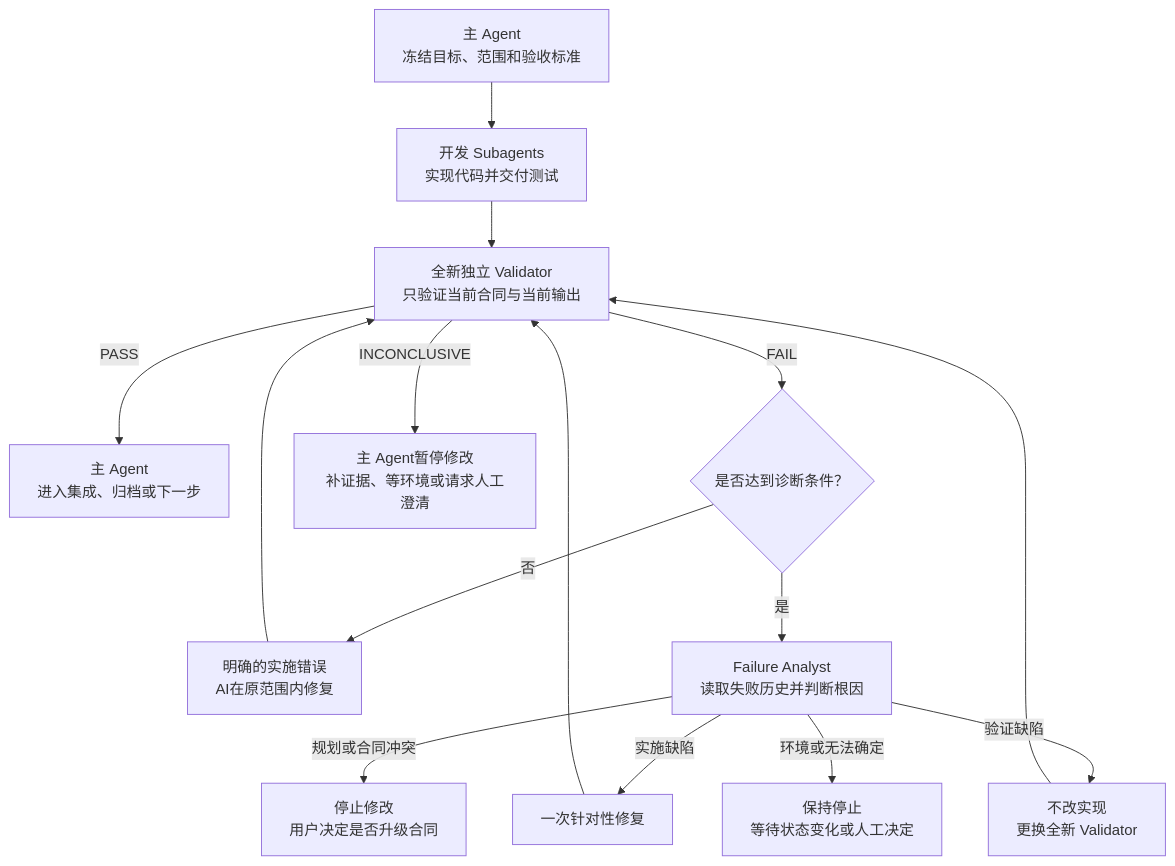
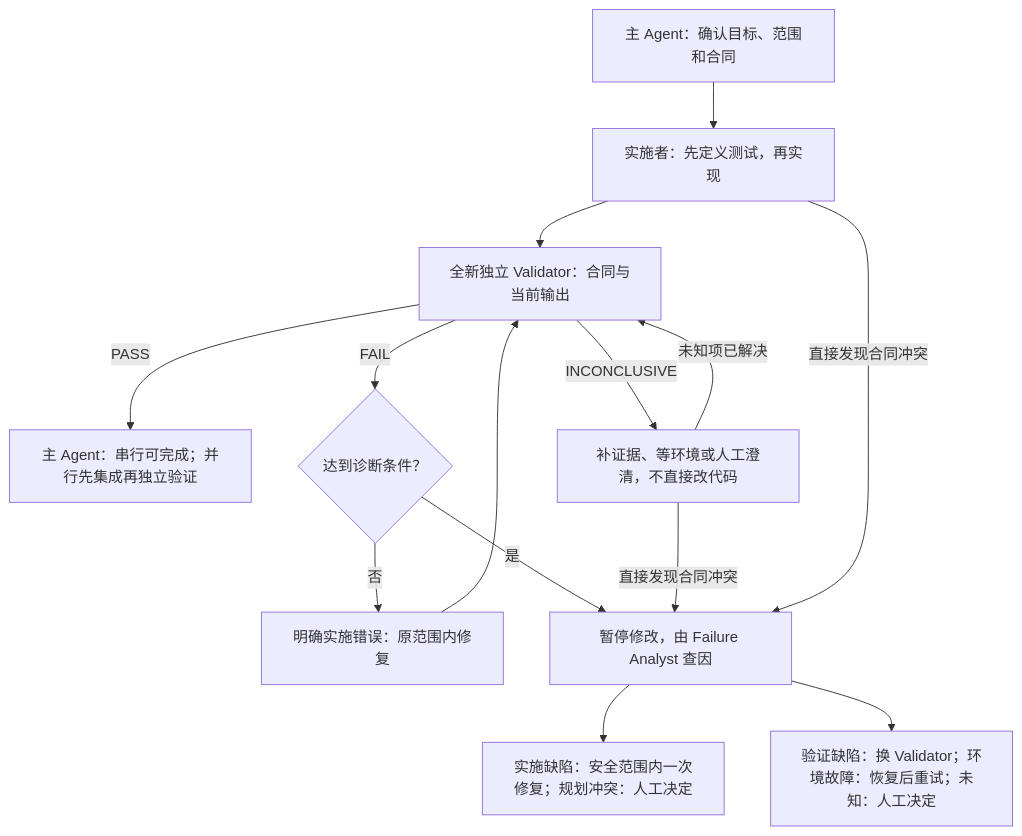
Before and after one commit to wyizhou/agentForge: the diagram in README.md, drawn with Mermaid. The commit also changed other lines of this file and 9 other files, not shown here.

````diff
--- a/README.md
+++ b/README.md
@@ -50,17 +63,16 @@
 ```mermaid
 flowchart TD
-    A["主 Agent<br/>冻结目标、范围和验收标准"] --> B["开发 Subagents<br/>实现代码并交付测试"]
-    B --> C["全新独立 Validator<br/>只验证当前合同与当前输出"]
-    C -->|PASS| D["主 Agent<br/>进入集成、归档或下一步"]
-    C -->|FAIL| E{"是否达到诊断条件？"}
-    C -->|INCONCLUSIVE| F["主 Agent暂停修改<br/>补证据、等环境或请求人工澄清"]
-    E -->|否| G["明确的实施错误<br/>AI在原范围内修复"]
-    G --> C
-    E -->|是| H["Failure Analyst<br/>读取失败历史并判断根因"]
-    H -->|实施缺陷| I["一次针对性修复"]
-    I --> C
-    H -->|规划或合同冲突| J["停止修改<br/>用户决定是否升级合同"]
-    H -->|验证缺陷| K["不改实现<br/>更换全新 Validator"]
-    K --> C
-    H -->|环境或无法确定| L["保持停止<br/>等待状态变化或人工决定"]
+    A["主 Agent：确认目标、范围和合同"] --> B["实施者：先定义测试，再实现"]
+    B --> C["全新独立 Validator：合同与当前输出"]
+    C -->|PASS| D["主 Agent：串行可完成；并行先集成再独立验证"]
+    C -->|FAIL| E{"达到诊断条件？"}
+    E -->|否| F["明确实施错误：原范围内修复"]
+    F --> C
+    E -->|是| G["暂停修改，由 Failure Analyst 查因"]
+    C -->|INCONCLUSIVE| H["补证据、等环境或人工澄清，不直接改代码"]
+    H -->|直接发现合同冲突| G
+    H -->|未知项已解决| C
+    B -->|直接发现合同冲突| G
+    G --> I["实施缺陷：安全范围内一次修复；规划冲突：人工决定"]
+    G --> J["验证缺陷：换 Validator；环境故障：恢复后重试；未知：人工决定"]
 ```
````
